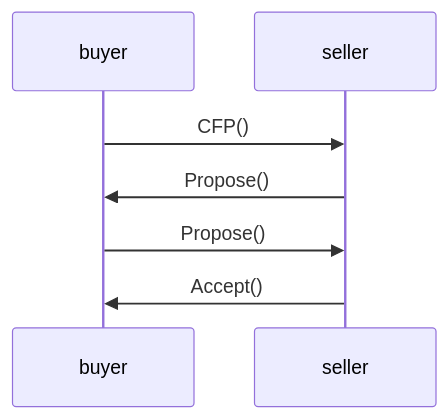
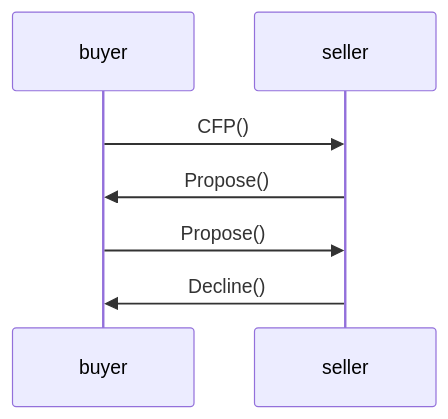
Before and after one commit to therobertc/oef-sdk-python: the diagram in docs/source/diagrams/fipa_examples/cfp-propose-propose-decline.mmd, drawn with Mermaid. The commit also changed 67 other files, not shown here.

```diff
--- a/docs/source/diagrams/fipa_examples/cfp-propose-propose-decline.mmd
+++ b/docs/source/diagrams/fipa_examples/cfp-propose-propose-decline.mmd
@@ -1,5 +1,5 @@
 sequenceDiagram
 buyer->>seller:CFP()
 seller->>buyer:Propose()
 buyer->>seller:Propose()
-seller->>buyer:Accept()
+seller->>buyer:Decline()
```
